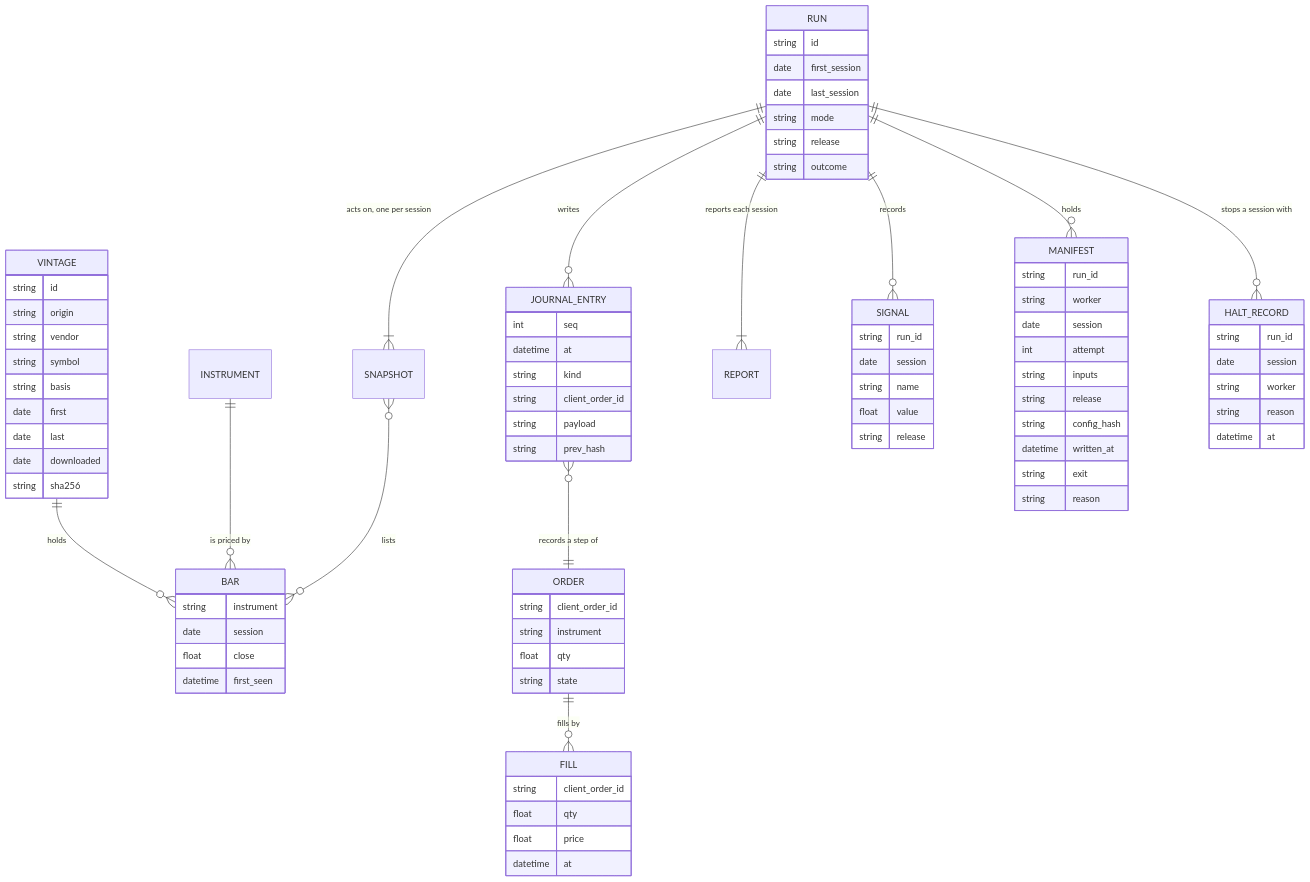
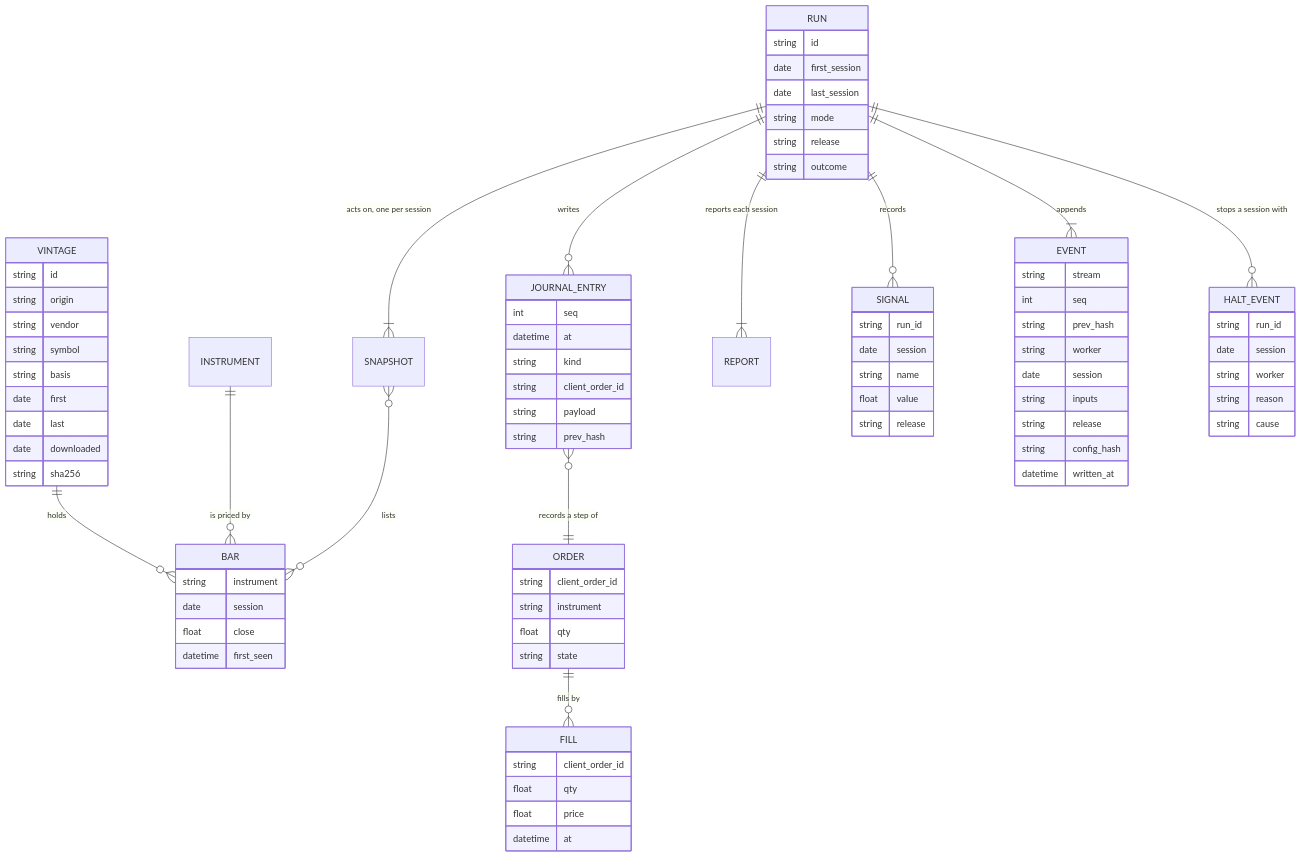
Diagram 14 of 16 in docs/architecture.md (l3a0/ithildin-runtime), drawn with Mermaid before and after one commit. The commit also changed other lines of this file and 2 other files, not shown here.

First line of the commit message:
docs(design): make the platform an event pipeline

```diff
--- a/docs/architecture.md
+++ b/docs/architecture.md
@@ -1202,8 +1209,8 @@
     ORDER ||--o{ FILL : "fills by"
     RUN ||--|{ REPORT : "reports each session"
     RUN ||--o{ SIGNAL : "records"
-    RUN ||--o{ MANIFEST : "holds"
-    RUN ||--o{ HALT_RECORD : "stops a session with"
+    RUN ||--|{ EVENT : "appends"
+    RUN ||--o{ HALT_EVENT : "stops a session with"
 
     VINTAGE {
         string id
@@ -1237,24 +1244,23 @@
         float value
         string release
     }
-    MANIFEST {
-        string run_id
+    EVENT {
+        string stream
+        int seq
+        string prev_hash
         string worker
         date session
-        int attempt
         string inputs
         string release
         string config_hash
         datetime written_at
-        string exit
-        string reason
     }
-    HALT_RECORD {
+    HALT_EVENT {
         string run_id
         date session
         string worker
         string reason
-        datetime at
+        string cause
     }
     JOURNAL_ENTRY {
         int seq
```
